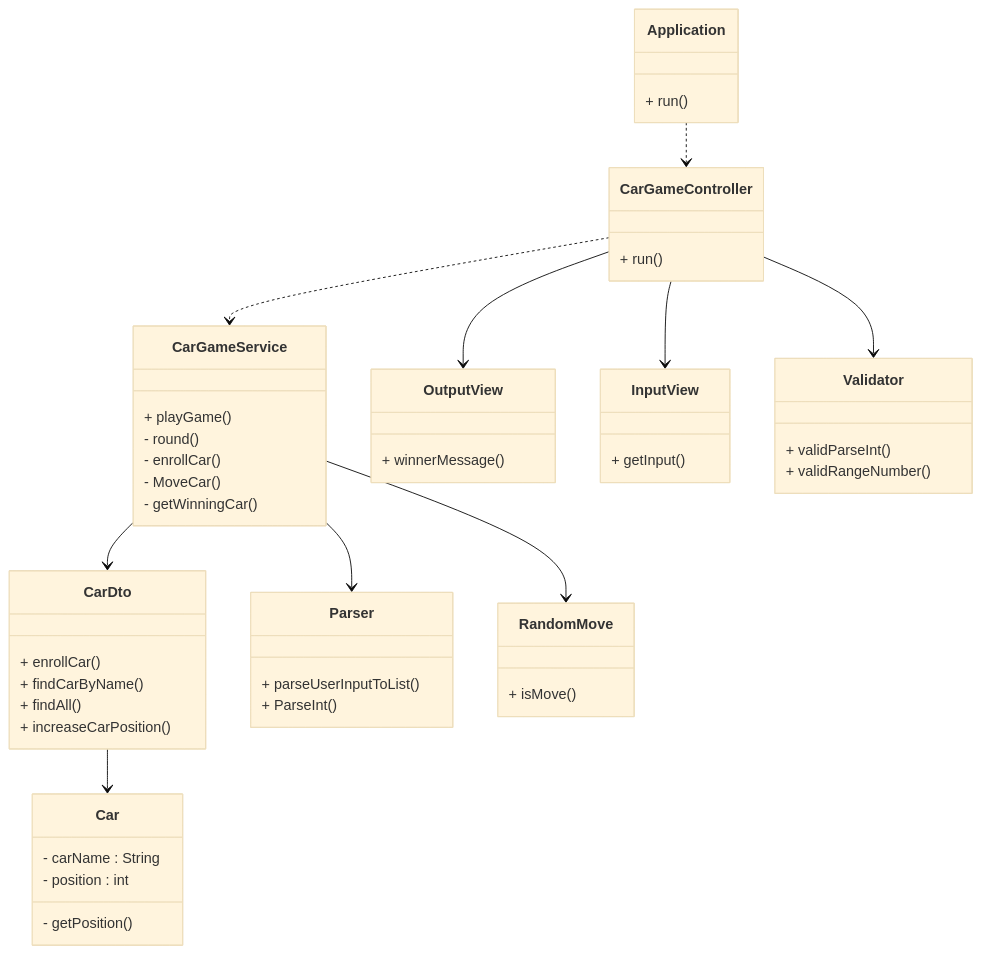
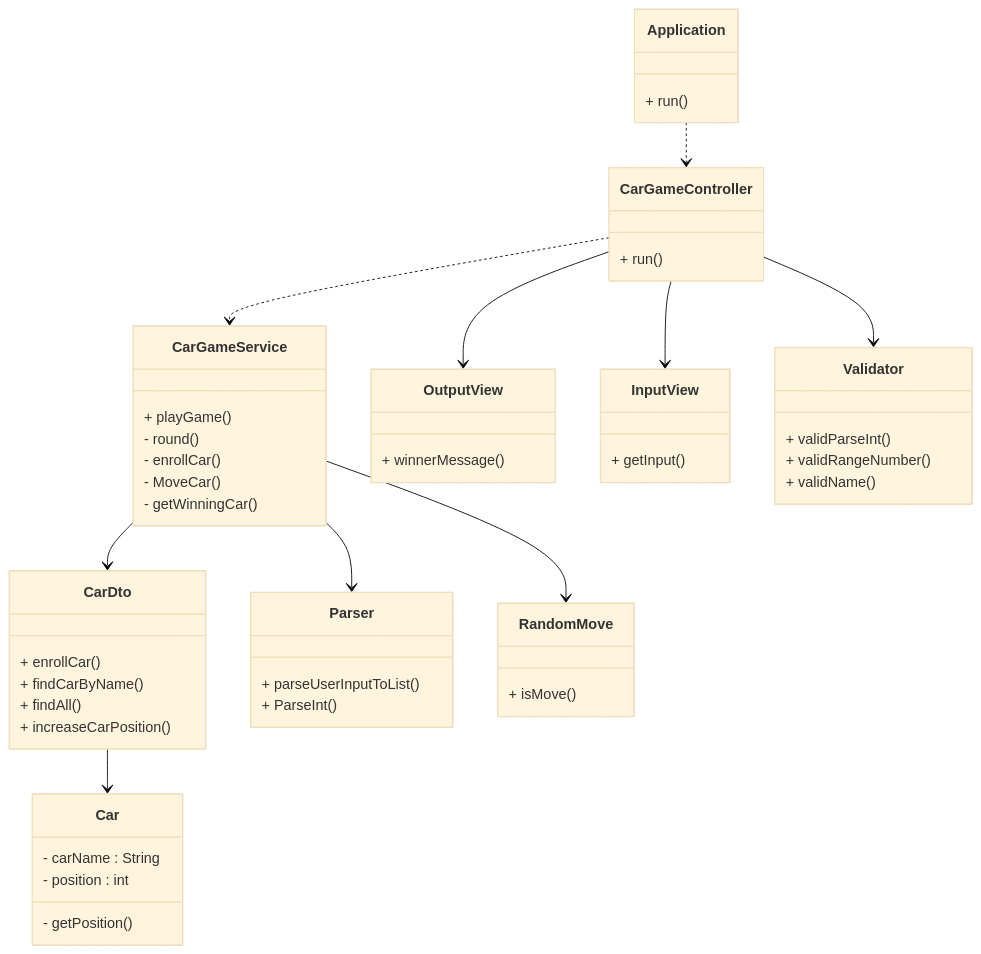
Before and after one commit to woowacourse-precourse/java-racingcar-6: the diagram in docs/README.md, drawn with Mermaid (base theme).

Commit message:
docs: 클래스 모델 validator 메서드 추가

````diff
--- a/docs/README.md
+++ b/docs/README.md
@@ -14,66 +14,67 @@
 ```mermaid
 classDiagram
     Application ..> CarGameController
     CarGameController ..> CarGameService
     CarGameController --> OutputView
     CarGameController --> InputView
     CarGameController --> Validator
     
     CarGameService --> CarDto
     CarGameService --> Parser
     CarGameService --> RandomMove
 
     CarDto --> Car
     
     class Application {
         + run()
     }
     %% controller 
     class CarGameController {
         + run()
     }
     %% util
     class CarGameService {
         + playGame()
         - round()
         - enrollCar()
         - MoveCar()
         - getWinningCar()
     }
     
     class CarDto {
         + enrollCar()
         + findCarByName()
         + findAll()
         + increaseCarPosition()
     }
     
     class InputView {
         + getInput()
     }
     
     class OutputView {
         + winnerMessage()
     }
     
     class Car {
         - carName : String
         - position : int
         - getPosition()
     }
 
     class RandomMove {
         + isMove()
     }
     
     class Parser {
         + parseUserInputToList()
         + ParseInt()
     }
 
     class Validator {
         + validParseInt()
         + validRangeNumber()
+        + validName()
     }
     
 ```
````
